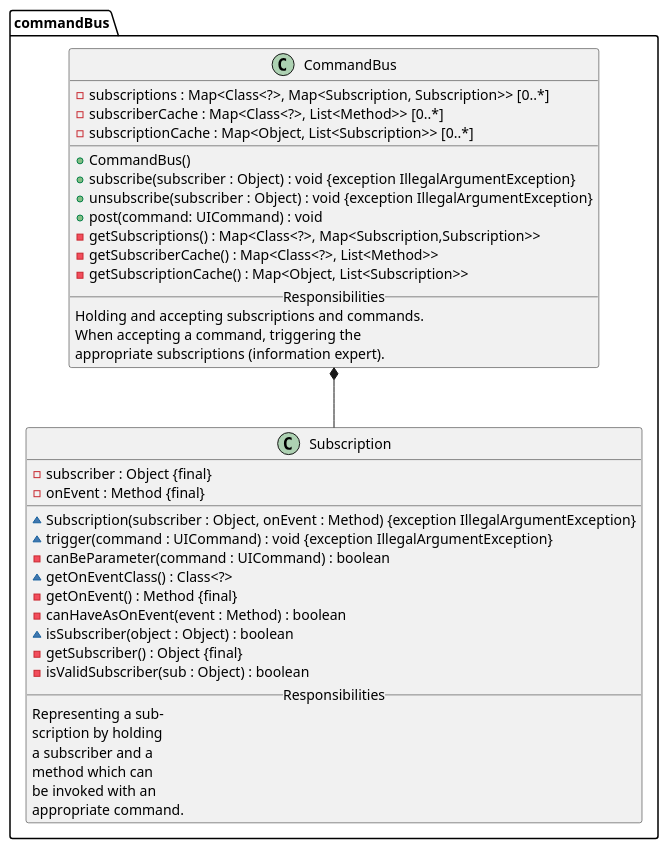
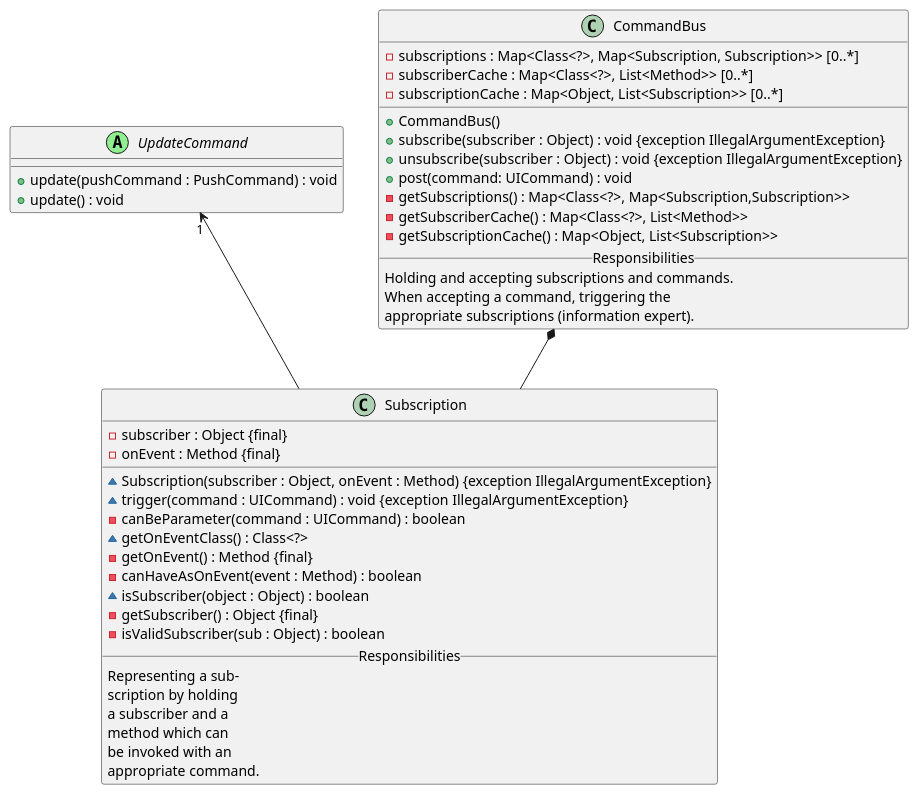
One commit to Bhamoss/softwareOntwerpProject changed the diagram in diagrams/classDiagrams/commandBus.puml. Above: the diagram before and after it, drawn with PlantUML. The commit also changed 5 other files, not shown here.

```diff
--- a/diagrams/classDiagrams/commandBus.puml
+++ b/diagrams/classDiagrams/commandBus.puml
@@ -1,50 +1,56 @@
 @startuml
 
-package commandBus {
+abstract class UpdateCommand <<(A, lightgreen)>> {
+                        + update(pushCommand : PushCommand) : void
+                        + update() : void
+}
+UpdateCommand "1" <-- Subscription
+
+
 
 class Subscription {
 - subscriber : Object {final}
 - onEvent : Method {final}
 ____
 ~ Subscription(subscriber : Object, onEvent : Method) {exception IllegalArgumentException}
 ~ trigger(command : UICommand) : void {exception IllegalArgumentException}
 - canBeParameter(command : UICommand) : boolean
 ~ getOnEventClass() : Class<?>
 - getOnEvent() : Method {final}
 - canHaveAsOnEvent(event : Method) : boolean
 ~ isSubscriber(object : Object) : boolean
 - getSubscriber() : Object {final}
 - isValidSubscriber(sub : Object) : boolean
 __Responsibilities__
 Representing a sub-
 scription by holding
 a subscriber and a
 method which can
 be invoked with an
 appropriate command.
 }
 
 
 class CommandBus {
 - subscriptions : Map<Class<?>, Map<Subscription, Subscription>> [0..*]
 - subscriberCache : Map<Class<?>, List<Method>> [0..*]
 - subscriptionCache : Map<Object, List<Subscription>> [0..*]
 ____
 + CommandBus()
 + subscribe(subscriber : Object) : void {exception IllegalArgumentException}
 + unsubscribe(subscriber : Object) : void {exception IllegalArgumentException}
 + post(command: UICommand) : void
 - getSubscriptions() : Map<Class<?>, Map<Subscription,Subscription>>
 - getSubscriberCache() : Map<Class<?>, List<Method>>
 - getSubscriptionCache() : Map<Object, List<Subscription>>
 __Responsibilities__
 Holding and accepting subscriptions and commands.
 When accepting a command, triggering the
 appropriate subscriptions (information expert).
 }
 
 CommandBus *-- Subscription
-}
+
 
 
 @enduml
```
